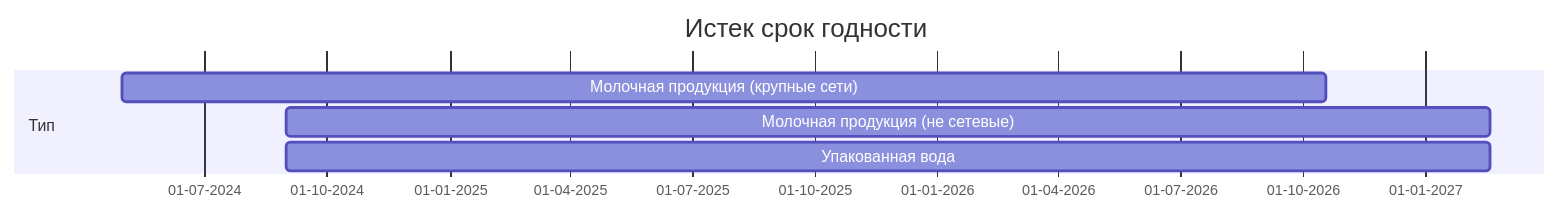
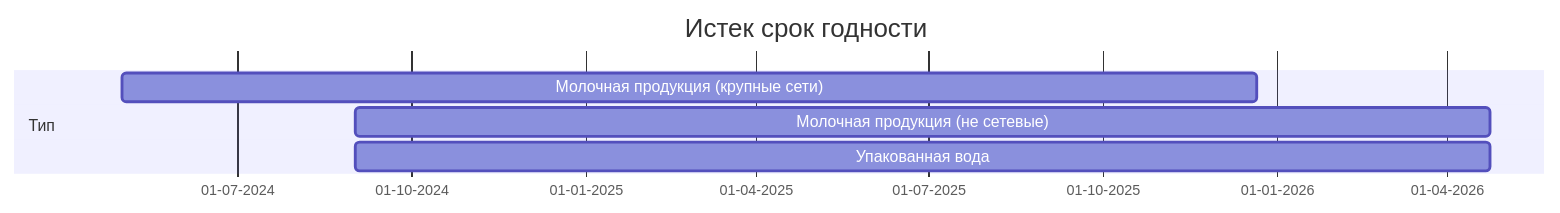
The fifth of 7 diagrams in imark/ppr1944.md (itidasoft/wiki), drawn with Mermaid before and after one commit. The commit also changed other lines of this file, not shown here.

````diff
--- a/imark/ppr1944.md
+++ b/imark/ppr1944.md
@@ -249,10 +249,10 @@
 ```mermaid
 gantt
 	title Истек срок годности
   dateFormat DD-MM-YYYY
   axisFormat %d-%m-%Y
   section Тип
-  	Молочная продукция (крупные сети)    :a1, 01-05-2024, 900d
-    Молочная продукция (не сетевые)    :a2, 01-09-2024, 900d
-    Упакованная вода   :a3, 01-09-2024, 900d
+  	Молочная продукция (крупные сети)    :a1, 01-05-2024, 600d
+    Молочная продукция (не сетевые)    :a2, 01-09-2024, 600d
+    Упакованная вода   :a3, 01-09-2024, 600d
 ```
````
